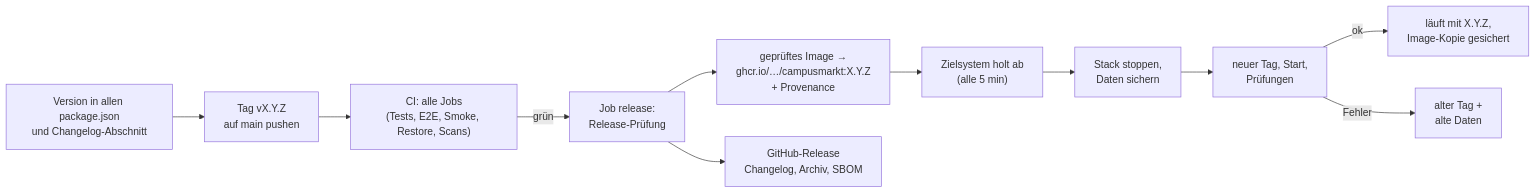
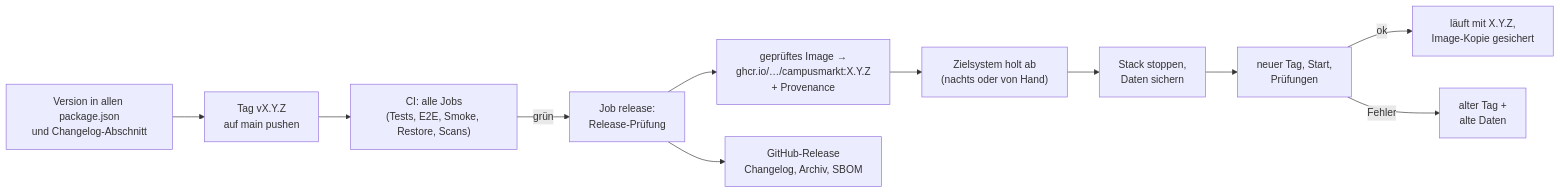
One commit to CaRo10Robert/SWeng_projekt2026 changed the diagram in docs/07-betrieb/update-prozess.md. Above: the diagram before and after it, drawn with Mermaid. The commit also changed other lines of this file and 2 other files, not shown here.

First line of the commit message:
docs(ops): Abholen der Releases nachts und von Hand statt alle 5 Minuten

````diff
--- a/docs/07-betrieb/update-prozess.md
+++ b/docs/07-betrieb/update-prozess.md
@@ -52,13 +52,13 @@
 ```mermaid
 flowchart LR
   A["Version in allen package.json<br/>und Changelog-Abschnitt"] --> B["Tag vX.Y.Z<br/>auf main pushen"]
   B --> C["CI: alle Jobs<br/>(Tests, E2E, Smoke, Restore, Scans)"]
   C -->|grün| D["Job release:<br/>Release-Prüfung"]
   D --> E["geprüftes Image →<br/>ghcr.io/…/campusmarkt:X.Y.Z<br/>+ Provenance"]
   D --> F["GitHub-Release<br/>Changelog, Archiv, SBOM"]
-  E --> G["Zielsystem holt ab<br/>(alle 5 min)"]
+  E --> G["Zielsystem holt ab<br/>(nachts oder von Hand)"]
   G --> H["Stack stoppen,<br/>Daten sichern"]
   H --> I["neuer Tag, Start,<br/>Prüfungen"]
   I -->|ok| J["läuft mit X.Y.Z,<br/>Image-Kopie gesichert"]
   I -->|Fehler| K["alter Tag +<br/>alte Daten"]
 ```
````
